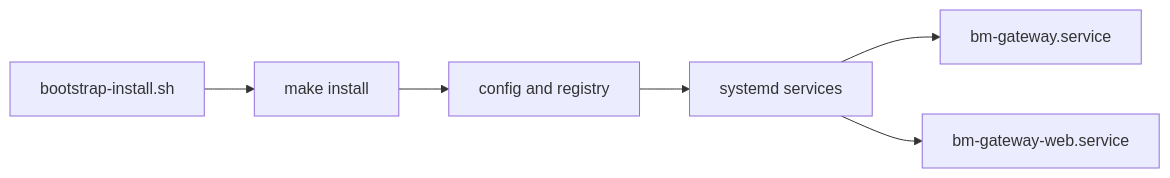
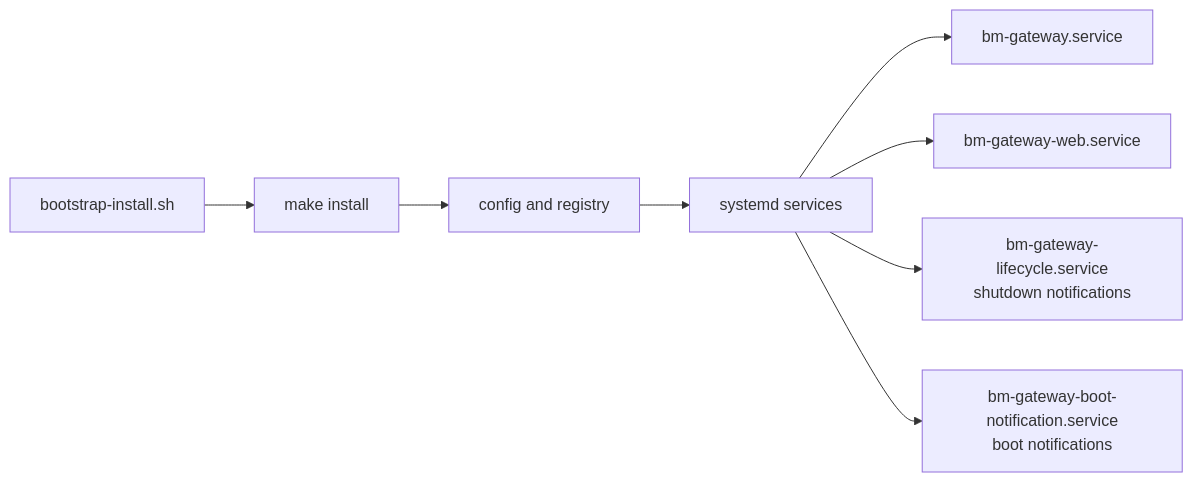
The diagram in rpi-setup/README.md (marcomc/BMGateway), drawn with Mermaid before and after one commit. The commit also changed other lines of this file and 53 other files, not shown here.

````diff
--- a/rpi-setup/README.md
+++ b/rpi-setup/README.md
@@ -69,17 +73,21 @@
 ```mermaid
 flowchart LR
     accTitle: Raspberry Pi installed artifacts
     accDescr: Shows how the bootstrap installer creates the runtime, config, and systemd service artifacts.
     Bootstrap["bootstrap-install.sh"]
     Install["make install"]
     Config["config and registry"]
     Services["systemd services"]
     Runtime["bm-gateway.service"]
     Web["bm-gateway-web.service"]
+    Lifecycle["bm-gateway-lifecycle.service<br/>shutdown notifications"]
+    Boot["bm-gateway-boot-notification.service<br/>boot notifications"]
 
     Bootstrap --> Install
     Install --> Config
     Config --> Services
     Services --> Runtime
     Services --> Web
+    Services --> Lifecycle
+    Services --> Boot
 ```
````
